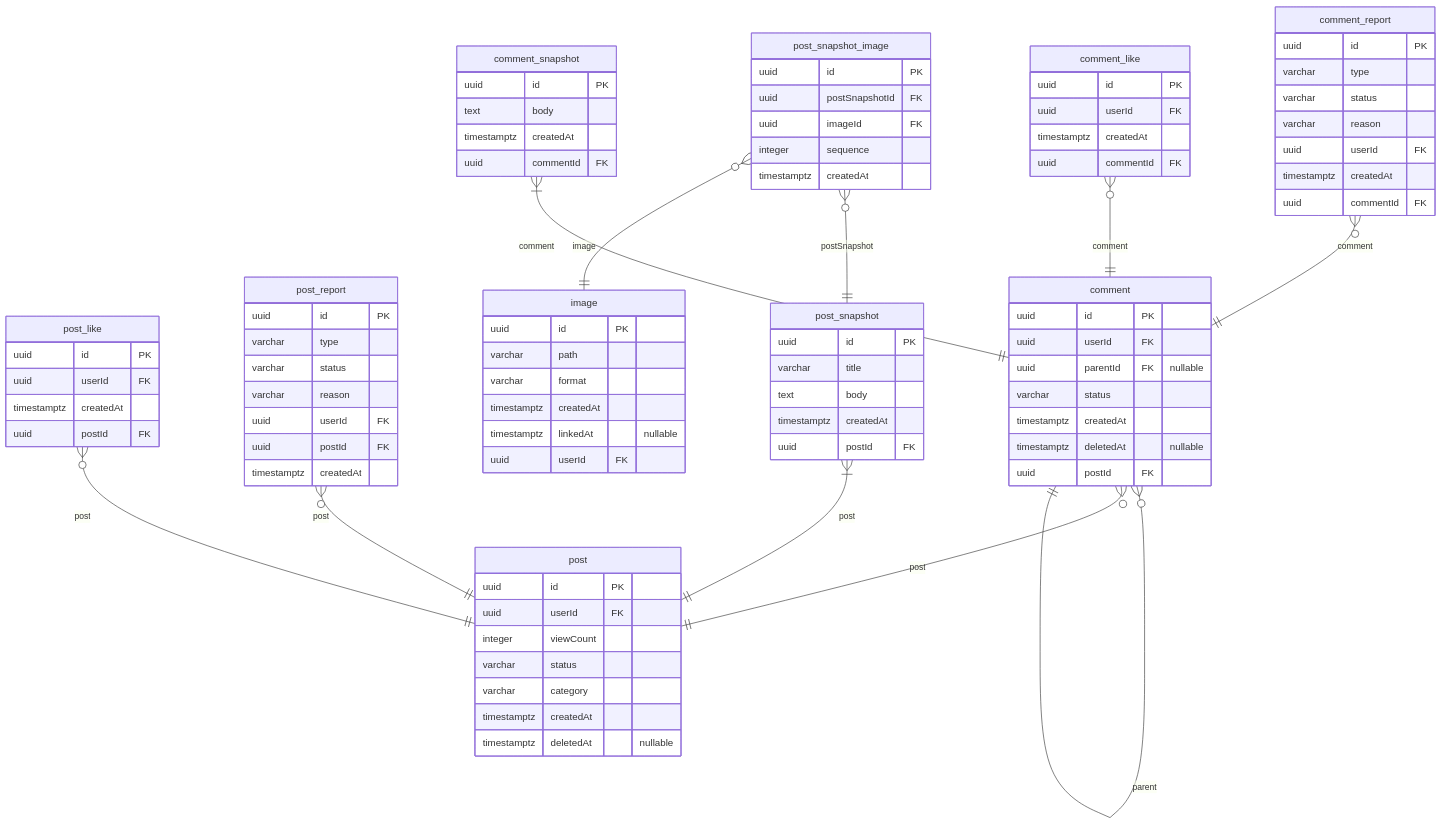
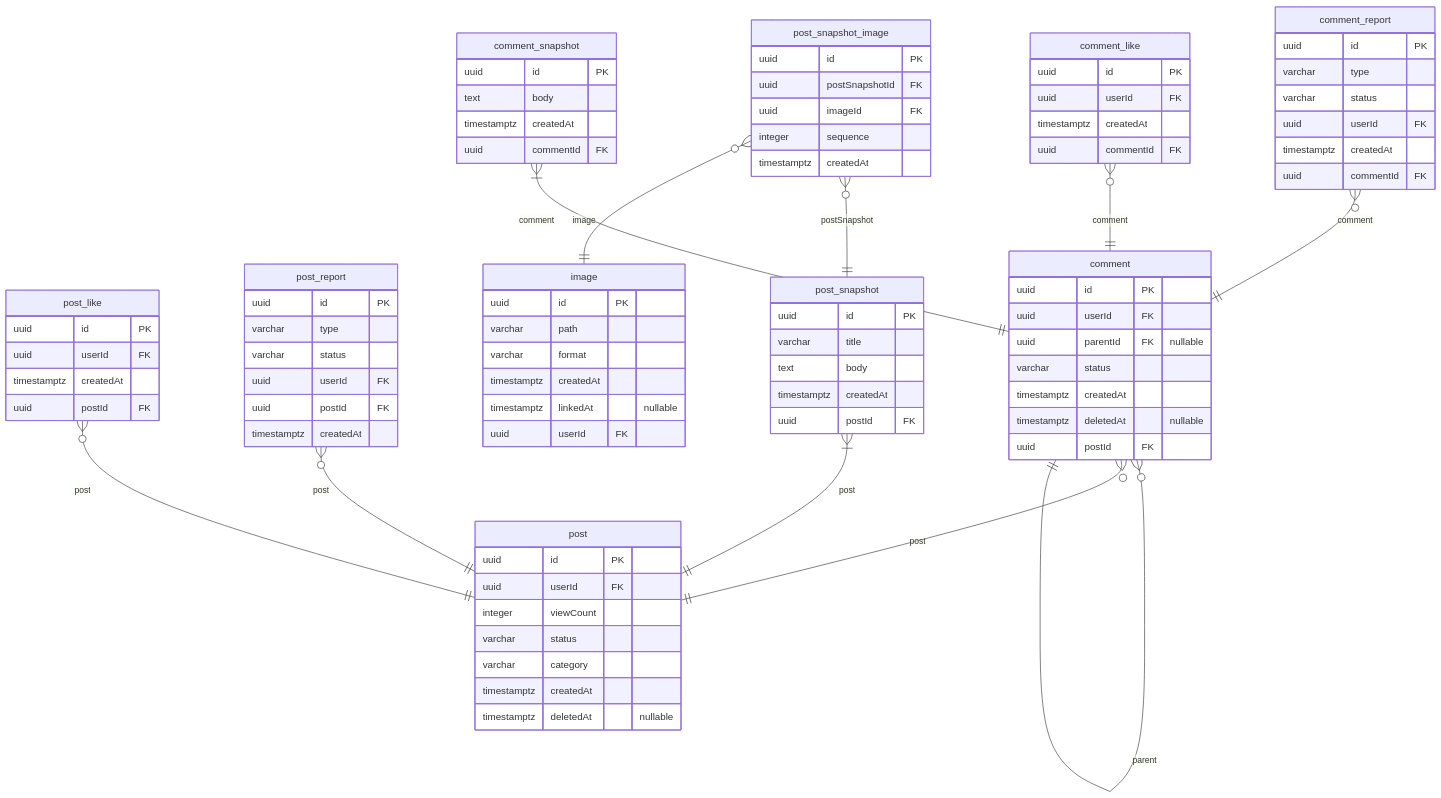
The fourth of 6 diagrams in docs/najiha-v2-erd.md (NAJUHA-JIUJITSU/najuha-v2-be), drawn with Mermaid before and after one commit. The commit also changed other lines of this file and 12 other files, not shown here.

```diff
--- a/docs/najiha-v2-erd.md
+++ b/docs/najiha-v2-erd.md
@@ -609,7 +609,6 @@
     uuid id PK
     varchar type
     varchar status
-    varchar reason
     uuid userId FK
     uuid postId FK
     timestamptz createdAt
@@ -618,7 +617,6 @@
     uuid id PK
     varchar type
     varchar status
-    varchar reason
     uuid userId FK
     timestamptz createdAt
     uuid commentId FK
```
